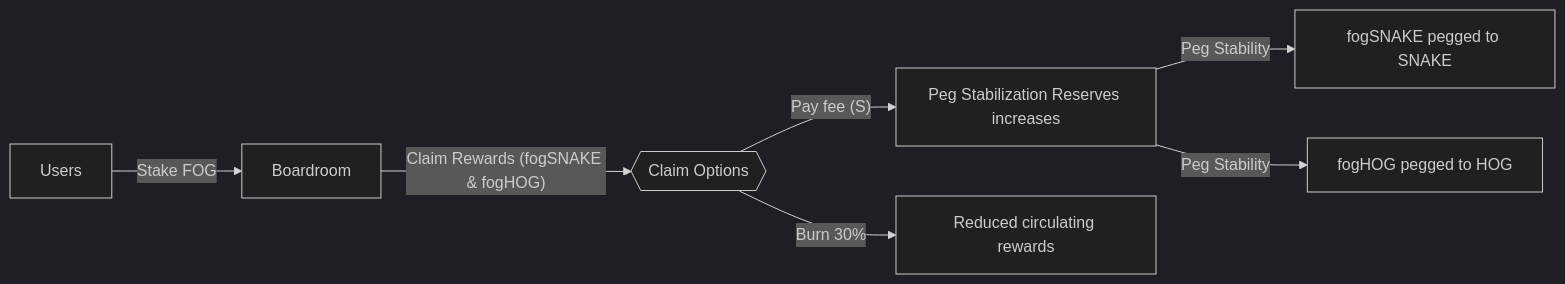
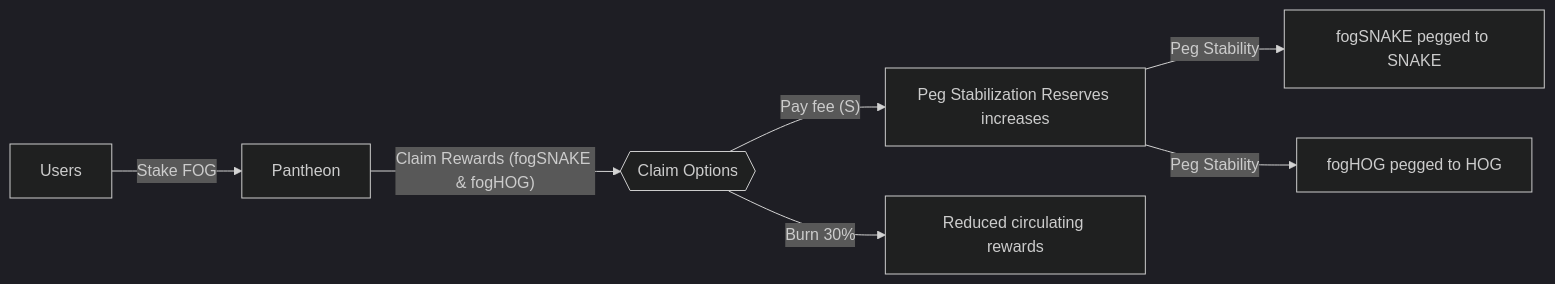
Before and after one commit to fingerofgod-app/launching: the first of 3 diagrams in README.md, drawn with Mermaid (dark theme). The commit also changed other lines of this file, not shown here.

````diff
--- a/README.md
+++ b/README.md
@@ -60,9 +54,9 @@
 ```mermaid
 flowchart LR
-    Users -->|"Stake FOG"| Boardroom[Boardroom]
-    Boardroom -->|"Claim Rewards (fogSNAKE & fogHOG)"| ClaimOptions{{"Claim Options"}}
+    Users -->|"Stake FOG"| Pantheon[Pantheon]
+    Pantheon -->|"Claim Rewards (fogSNAKE & fogHOG)"| ClaimOptions{{"Claim Options"}}
     ClaimOptions -->|"Pay fee (S)"| PSR["Peg Stabilization Reserves increases"]
     ClaimOptions -->|"Burn 30%"| RewardsReduced["Reduced circulating rewards"]
     PSR -->|"Peg Stability"| fogSnakeToken["fogSNAKE pegged to SNAKE"]
     PSR -->|"Peg Stability"| fogHOGToken["fogHOG pegged to HOG"]
 ```
````
